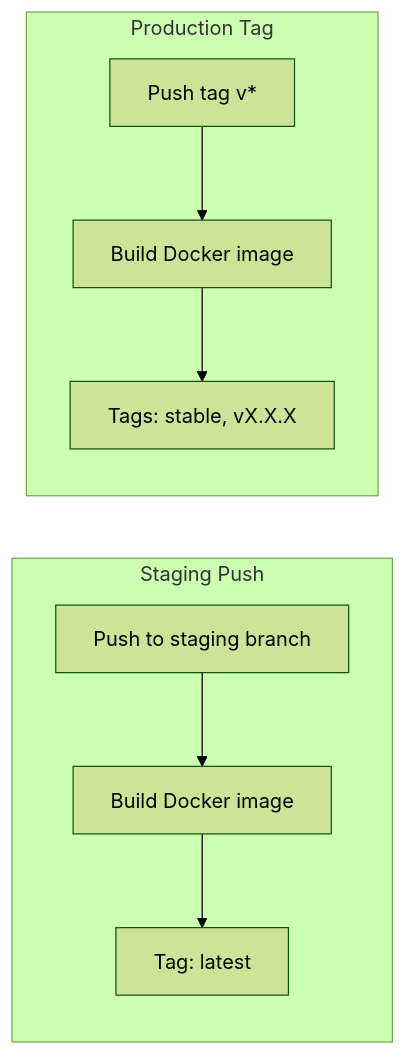
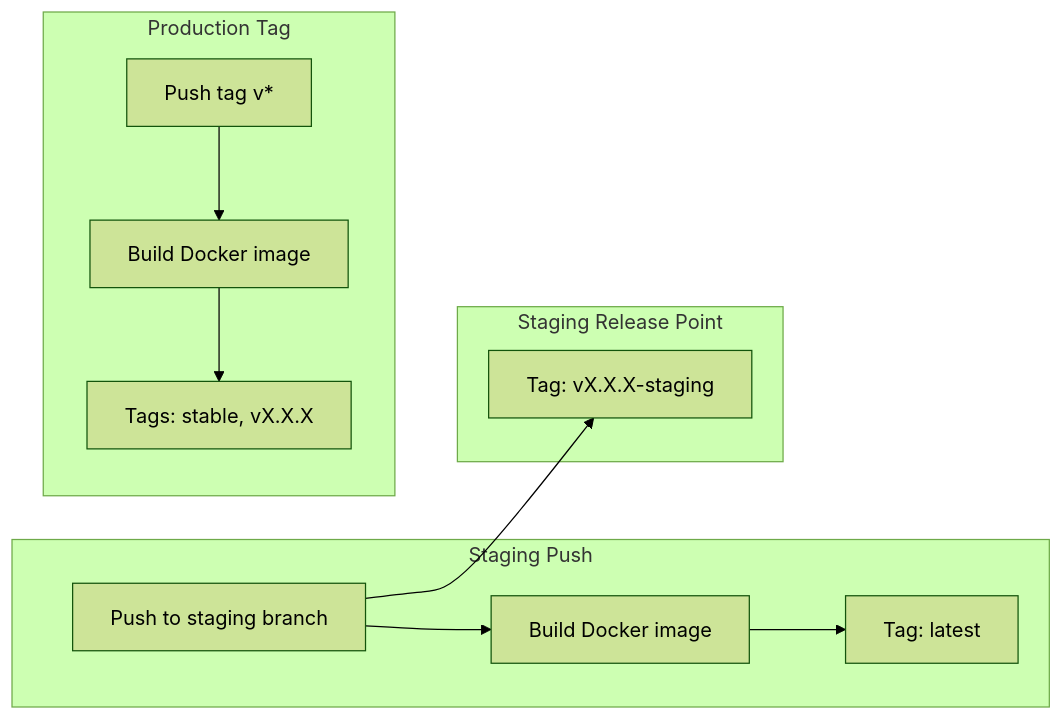
Before and after one commit to dnviti/claude-task-development-framework: the third of 4 diagrams in docs/deployment.md, drawn with Mermaid (forest theme). The commit also changed other lines of this file and 12 other files, not shown here.

````diff
--- a/docs/deployment.md
+++ b/docs/deployment.md
@@ -126,17 +155,22 @@
 ```mermaid
 flowchart LR
     subgraph "Staging Push"
         STG_PUSH["Push to staging branch"]
         STG_BUILD["Build Docker image"]
         STG_TAG["Tag: latest"]
+    end
+
+    subgraph "Staging Release Point"
+        STAG_TAG["Tag: vX.X.X-staging"]
     end
 
     subgraph "Production Tag"
         PROD_TAG["Push tag v*"]
         PROD_BUILD["Build Docker image"]
         PROD_TAGS["Tags: stable, vX.X.X"]
     end
 
     STG_PUSH --> STG_BUILD --> STG_TAG
+    STG_PUSH --> STAG_TAG
     PROD_TAG --> PROD_BUILD --> PROD_TAGS
 ```
````
